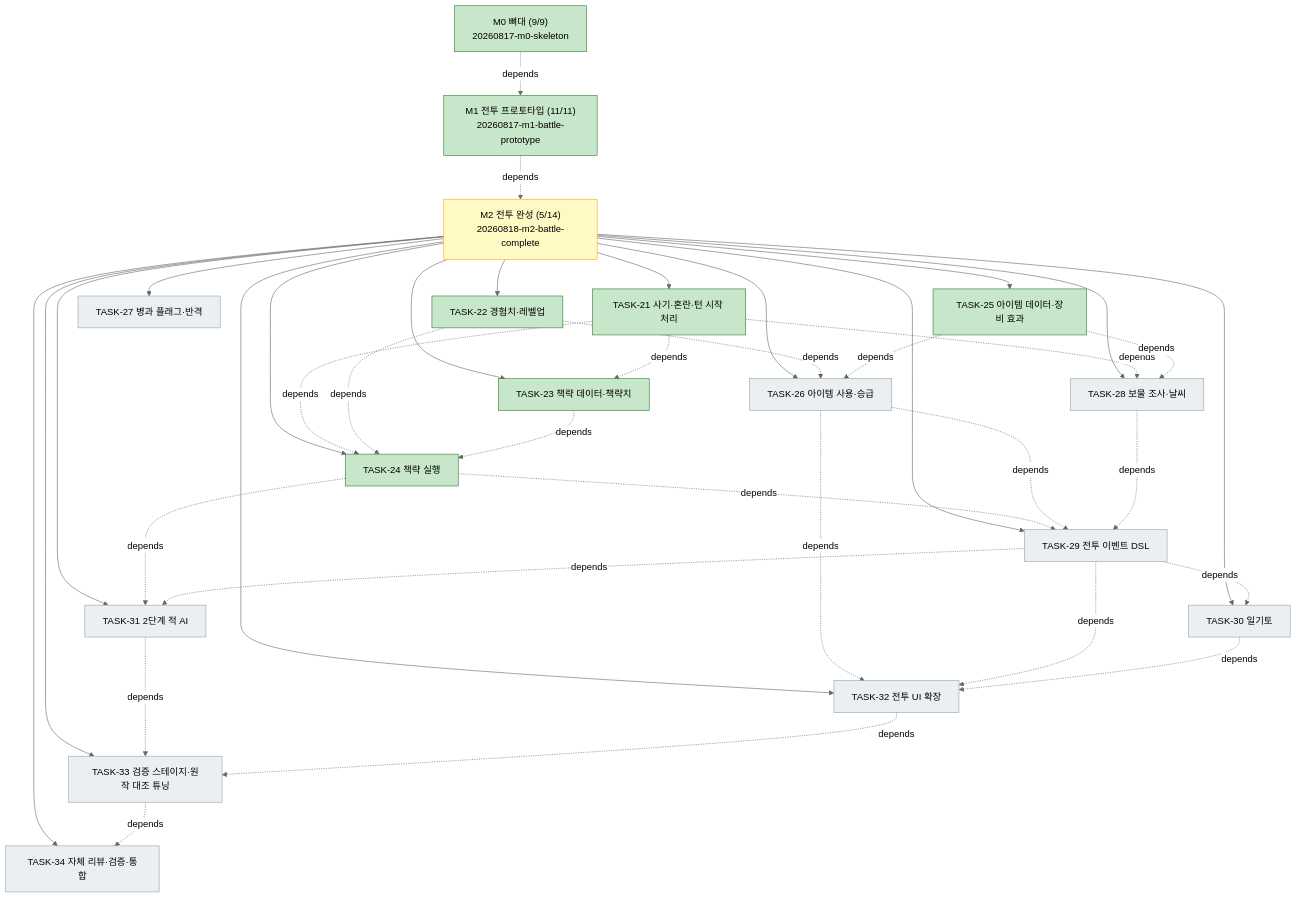
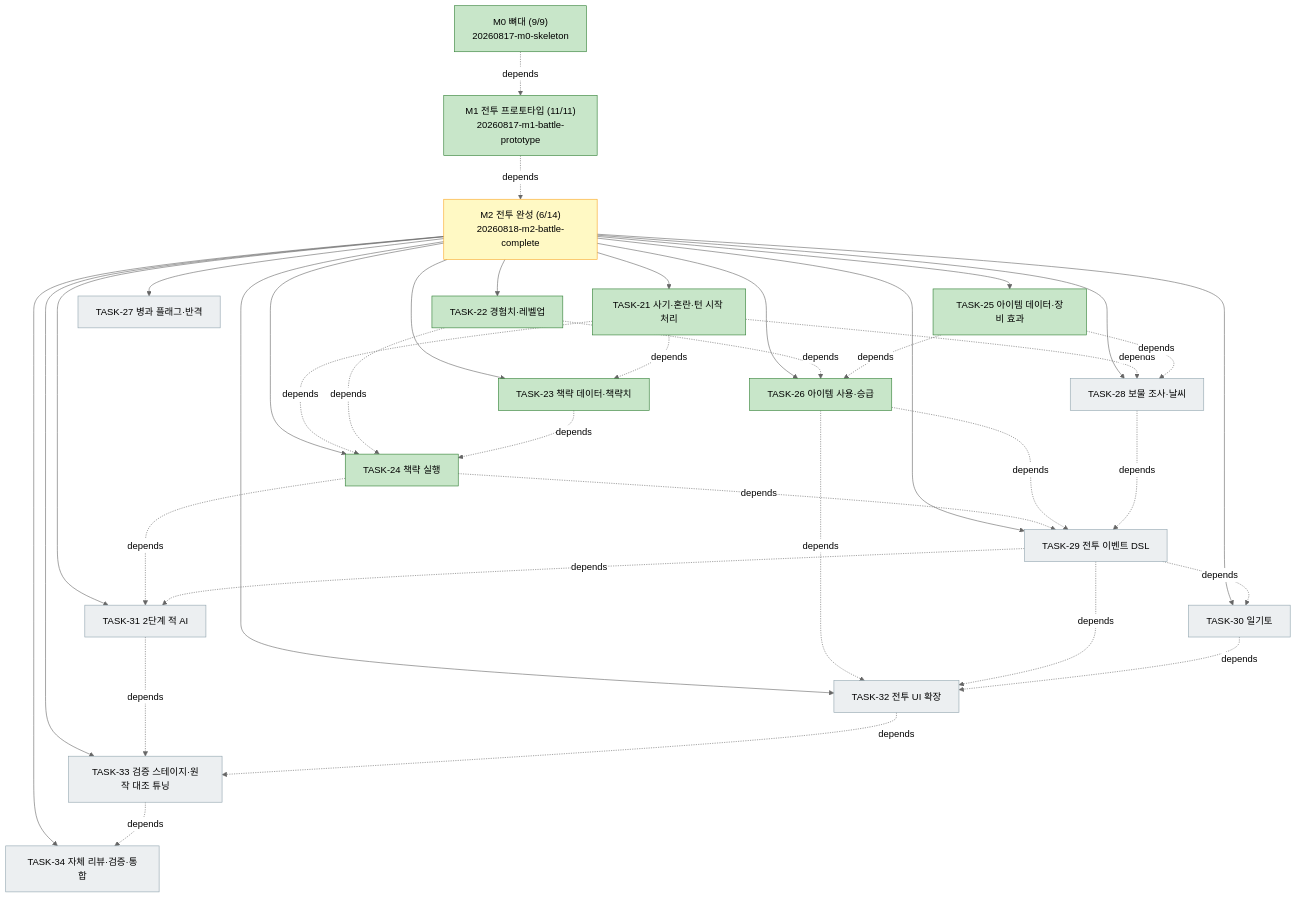
The diagram in docs/plan.md (bluesky5008/HERO), drawn with Mermaid (neutral theme) before and after one commit. The commit also changed other lines of this file and 9 other files, not shown here.

First line of the commit message:
feat(m2): TASK-26 — 아이템 사용과 승급·계열 전환

````diff
--- a/docs/plan.md
+++ b/docs/plan.md
@@ -77,46 +77,46 @@
 ```mermaid
 flowchart TD
     M0["M0 뼈대 (9/9)<br/>20260817-m0-skeleton"]:::done
     M1["M1 전투 프로토타입 (11/11)<br/>20260817-m1-battle-prototype"]:::done
-    M2["M2 전투 완성 (5/14)<br/>20260818-m2-battle-complete"]:::active
+    M2["M2 전투 완성 (6/14)<br/>20260818-m2-battle-complete"]:::active
     M0 -. depends .-> M1
     M1 -. depends .-> M2
     M2 --> T21["TASK-21 사기·혼란·턴 시작 처리"]:::done
     M2 --> T22["TASK-22 경험치·레벨업"]:::done
     M2 --> T23["TASK-23 책략 데이터·책략치"]:::done
     M2 --> T24["TASK-24 책략 실행"]:::done
     M2 --> T25["TASK-25 아이템 데이터·장비 효과"]:::done
-    M2 --> T26["TASK-26 아이템 사용·승급"]:::todo
+    M2 --> T26["TASK-26 아이템 사용·승급"]:::done
     M2 --> T27["TASK-27 병과 플래그·반격"]:::todo
     M2 --> T28["TASK-28 보물 조사·날씨"]:::todo
     M2 --> T29["TASK-29 전투 이벤트 DSL"]:::todo
     M2 --> T30["TASK-30 일기토"]:::todo
     M2 --> T31["TASK-31 2단계 적 AI"]:::todo
     M2 --> T32["TASK-32 전투 UI 확장"]:::todo
     M2 --> T33["TASK-33 검증 스테이지·원작 대조 튜닝"]:::todo
     M2 --> T34["TASK-34 자체 리뷰·검증·통합"]:::todo
     T21 -. depends .-> T23
     T21 -. depends .-> T24
     T22 -. depends .-> T24
     T23 -. depends .-> T24
     T22 -. depends .-> T26
     T25 -. depends .-> T26
     T21 -. depends .-> T28
     T25 -. depends .-> T28
     T24 -. depends .-> T29
     T26 -. depends .-> T29
     T28 -. depends .-> T29
     T29 -. depends .-> T30
     T24 -. depends .-> T31
     T29 -. depends .-> T31
     T26 -. depends .-> T32
     T29 -. depends .-> T32
     T30 -. depends .-> T32
     T31 -. depends .-> T33
     T32 -. depends .-> T33
     T33 -. depends .-> T34
     classDef done fill:#c8e6c9,stroke:#2e7d32
     classDef active fill:#fff9c4,stroke:#f9a825
     classDef todo fill:#eceff1,stroke:#90a4ae
     classDef gate fill:#ffcdd2,stroke:#c62828
 ```
````
